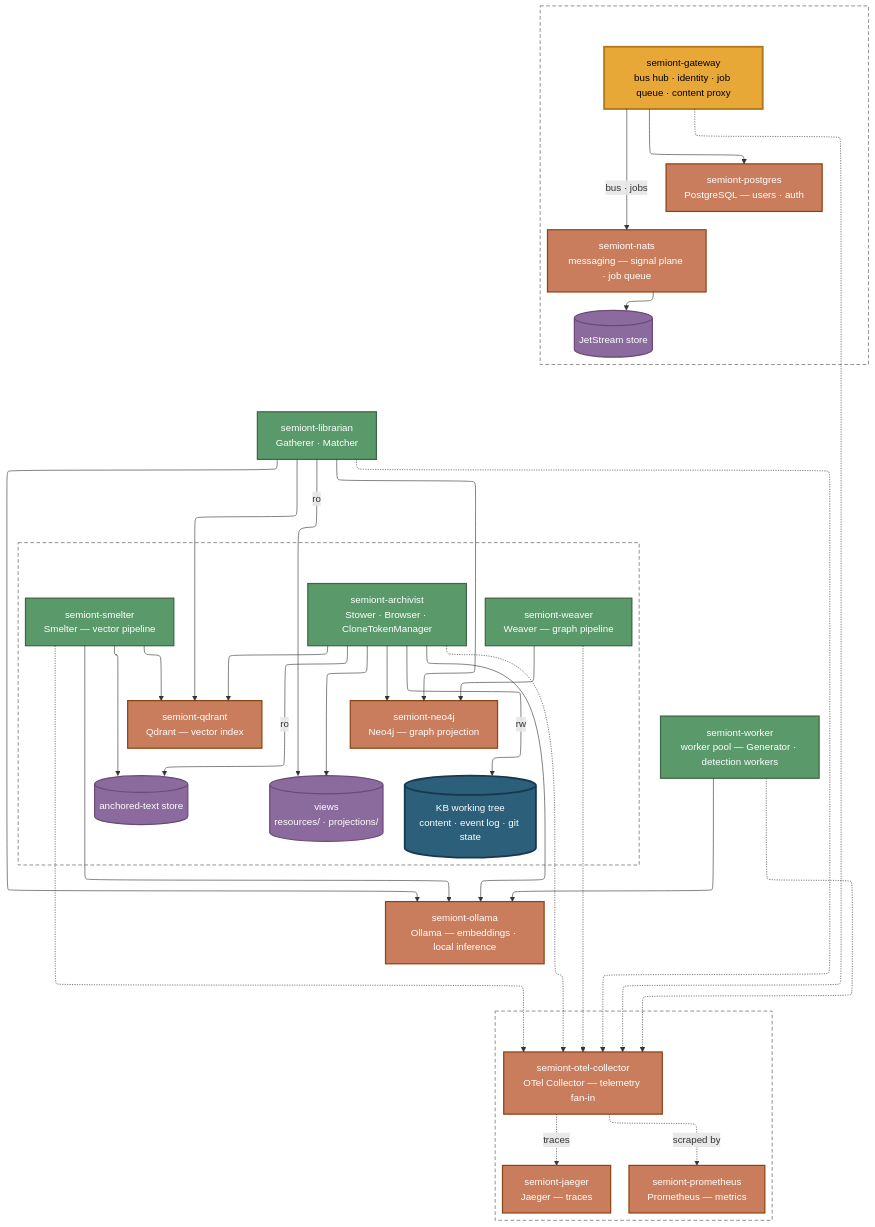
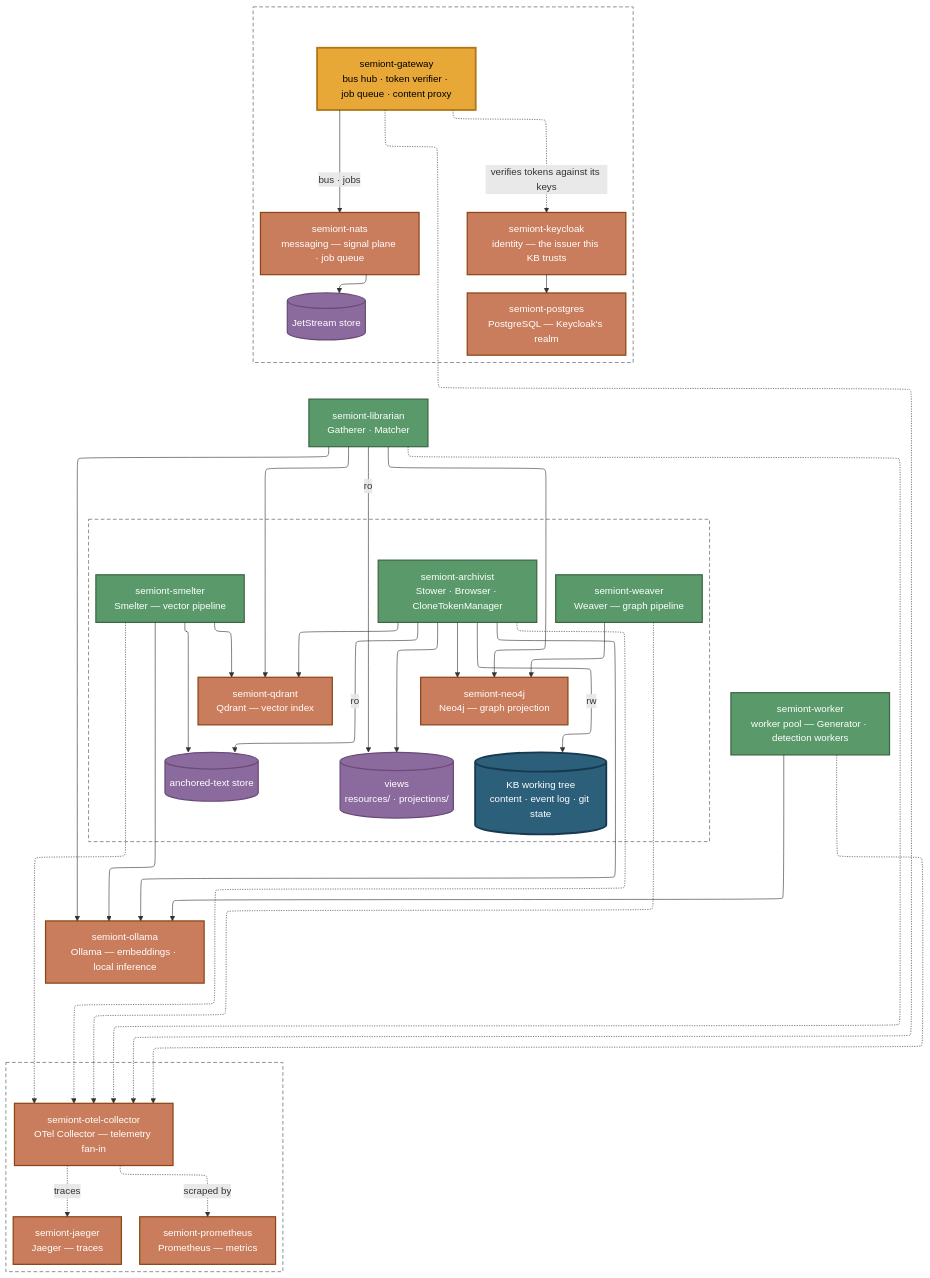
The second of 2 diagrams in docs/system/CONTAINER-TOPOLOGY.md (The-AI-Alliance/semiont), drawn with Mermaid before and after one commit. The commit also changed other lines of this file and 140 other files, not shown here.

```diff
--- a/docs/system/CONTAINER-TOPOLOGY.md
+++ b/docs/system/CONTAINER-TOPOLOGY.md
@@ -78,10 +78,11 @@
 ---
 graph TB
     subgraph G1 [" "]
-        GW["semiont-gateway<br/>bus hub · identity · job queue · content proxy"]
+        GW["semiont-gateway<br/>bus hub · token verifier · job queue · content proxy"]
         NATS["semiont-nats<br/>messaging — signal plane · job queue"]
         JS[("JetStream store")]
-        PG["semiont-postgres<br/>PostgreSQL — users · auth"]
+        KC["semiont-keycloak<br/>identity — the issuer this KB trusts"]
+        PG["semiont-postgres<br/>PostgreSQL — Keycloak's realm"]
     end
 
     subgraph G2 [" "]
@@ -124,7 +125,8 @@
     ARCH --> OL
     LIB --> OL
     WORKER --> OL
-    GW --> PG
+    KC --> PG
+    GW -.->|verifies tokens against its keys| KC
 
     GW -.-> COLL
     ARCH -.-> COLL
@@ -143,7 +145,7 @@
 
     class LIB,WORKER,SMELT,WEAVE,ARCH svc
     class GW hub
-    class NEO,QD,OL,PG,COLL,TRACES,METRICS,NATS infra
+    class NEO,QD,OL,PG,KC,COLL,TRACES,METRICS,NATS infra
     class ANCH,VIEWS,JS store
     class TREE record
 
```
